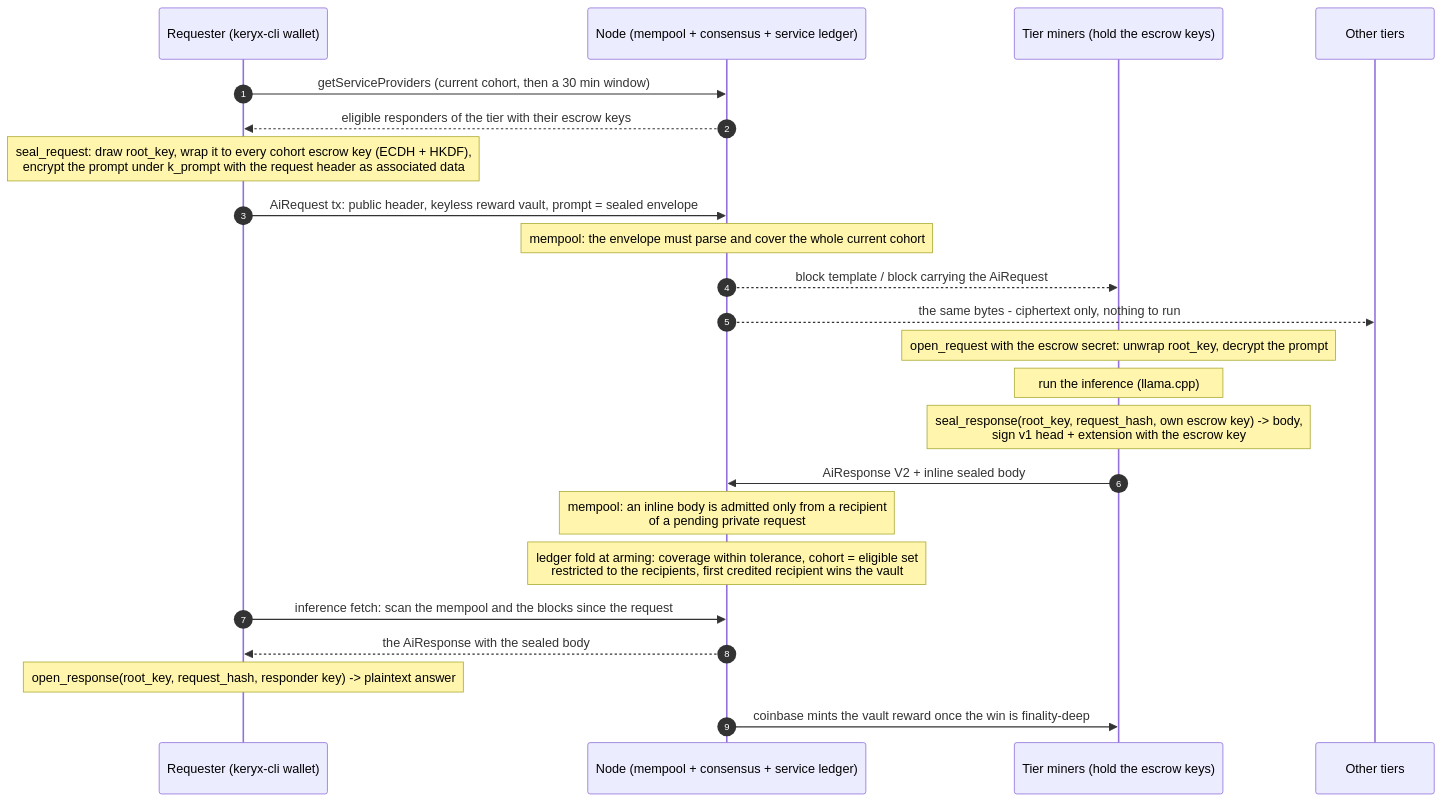
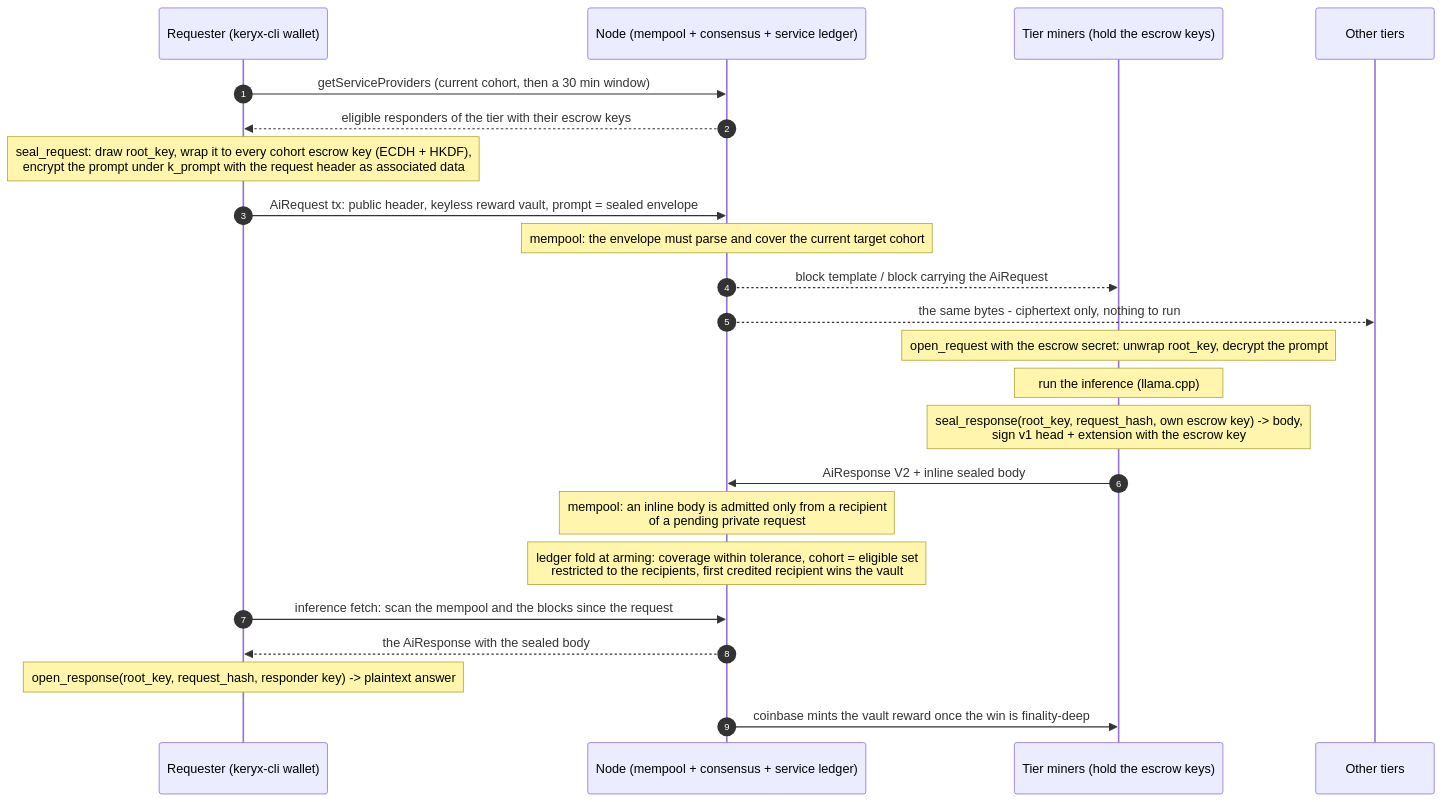
The first of 2 diagrams in docs/private-inference.md (Keryx-Labs/keryx-node), drawn with Mermaid before and after one commit. The commit also changed other lines of this file and 8 other files, not shown here.

Commit message:
feat(private-inference): seal oversized cohorts to a deterministic target cohort seeded by the first input

````diff
--- a/docs/private-inference.md
+++ b/docs/private-inference.md
@@ -37,26 +37,26 @@
 ```mermaid
 sequenceDiagram
     autonumber
     participant R as Requester (keryx-cli wallet)
     participant N as Node (mempool + consensus + service ledger)
     participant M as Tier miners (hold the escrow keys)
     participant O as Other tiers
 
     R->>N: getServiceProviders (current cohort, then a 30 min window)
     N-->>R: eligible responders of the tier with their escrow keys
     Note over R: seal_request: draw root_key, wrap it to every cohort escrow key (ECDH + HKDF),<br/>encrypt the prompt under k_prompt with the request header as associated data
     R->>N: AiRequest tx: public header, keyless reward vault, prompt = sealed envelope
-    Note over N: mempool: the envelope must parse and cover the whole current cohort
+    Note over N: mempool: the envelope must parse and cover the current target cohort
     N-->>M: block template / block carrying the AiRequest
     N-->>O: the same bytes - ciphertext only, nothing to run
     Note over M: open_request with the escrow secret: unwrap root_key, decrypt the prompt
     Note over M: run the inference (llama.cpp)
     Note over M: seal_response(root_key, request_hash, own escrow key) -> body,<br/>sign v1 head + extension with the escrow key
     M->>N: AiResponse V2 + inline sealed body
     Note over N: mempool: an inline body is admitted only from a recipient<br/>of a pending private request
     Note over N: ledger fold at arming: coverage within tolerance, cohort = eligible set<br/>restricted to the recipients, first credited recipient wins the vault
     R->>N: inference fetch: scan the mempool and the blocks since the request
     N-->>R: the AiResponse with the sealed body
     Note over R: open_response(root_key, request_hash, responder key) -> plaintext answer
     N->>M: coinbase mints the vault reward once the win is finality-deep
 ```
````
